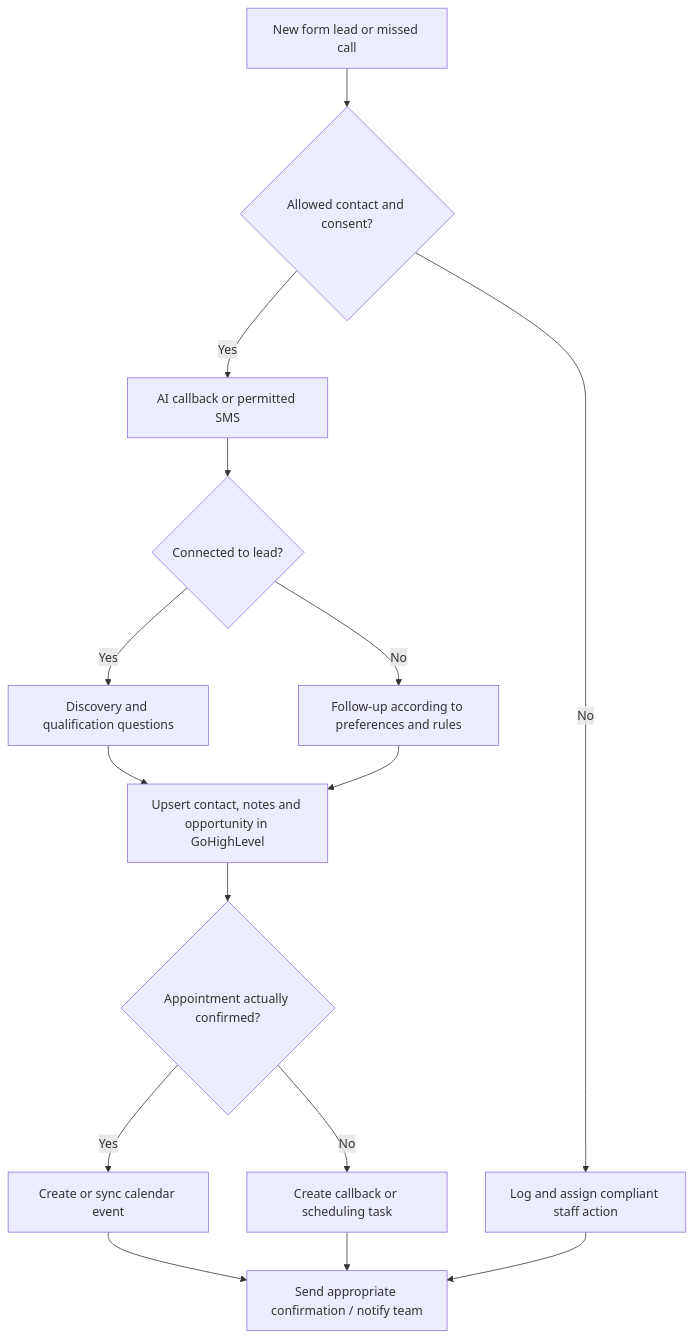
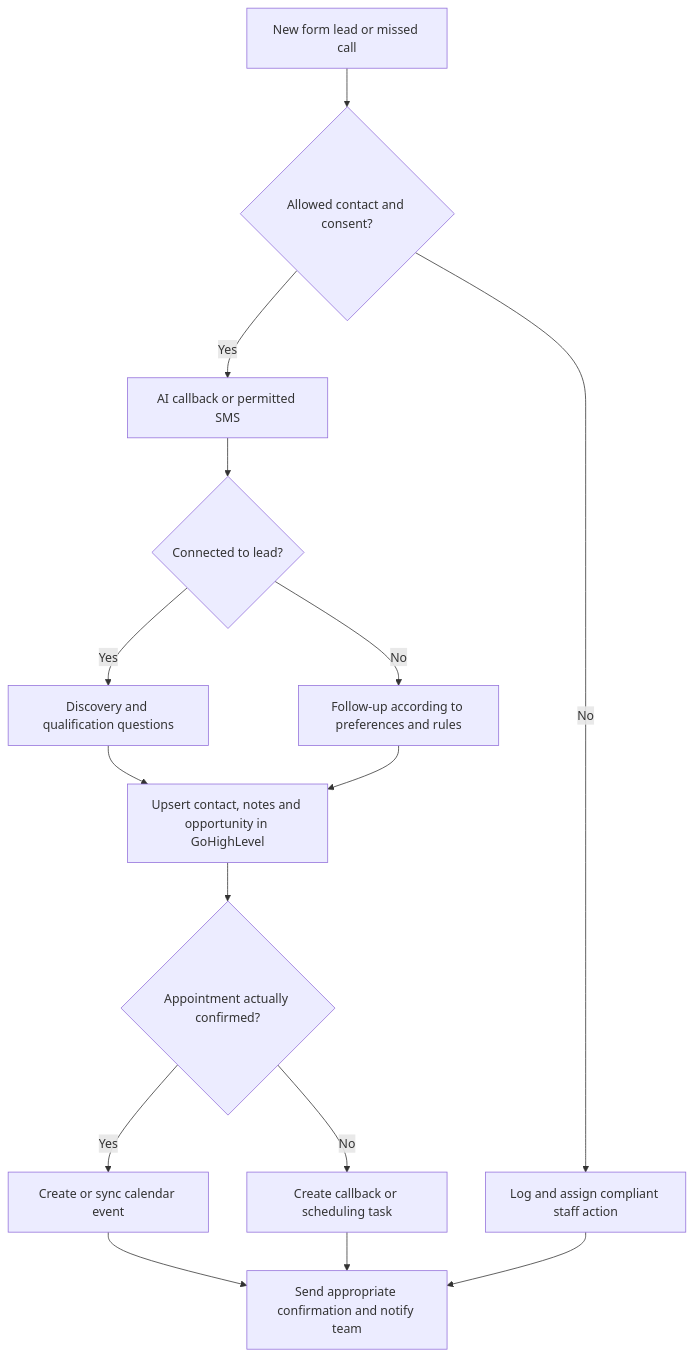
One commit to lycoregroup-website-flagship/lycore-ai-voice-portfolio changed the diagram in projects/speed-to-lead-crm.md. Above: the diagram before and after it, drawn with Mermaid. The commit also changed other lines of this file and 10 other files, not shown here.

````diff
--- a/projects/speed-to-lead-crm.md
+++ b/projects/speed-to-lead-crm.md
@@ -45,17 +56,17 @@
 ```mermaid
 flowchart TD
   A[New form lead or missed call] --> B{Allowed contact and consent?}
   B -->|Yes| C[AI callback or permitted SMS]
   B -->|No| D[Log and assign compliant staff action]
   C --> E{Connected to lead?}
   E -->|Yes| F[Discovery and qualification questions]
   E -->|No| G[Follow-up according to preferences and rules]
   F --> H[Upsert contact, notes and opportunity in GoHighLevel]
   G --> H
   H --> I{Appointment actually confirmed?}
   I -->|Yes| J[Create or sync calendar event]
   I -->|No| K[Create callback or scheduling task]
-  J --> L[Send appropriate confirmation / notify team]
+  J --> L[Send appropriate confirmation and notify team]
   K --> L
   D --> L
 ```
````
